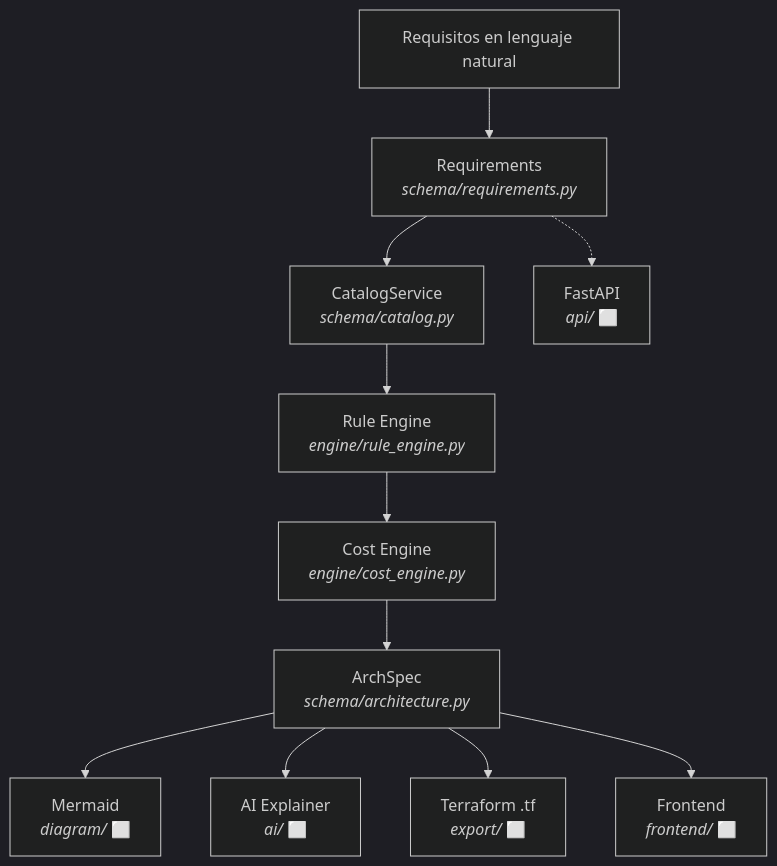
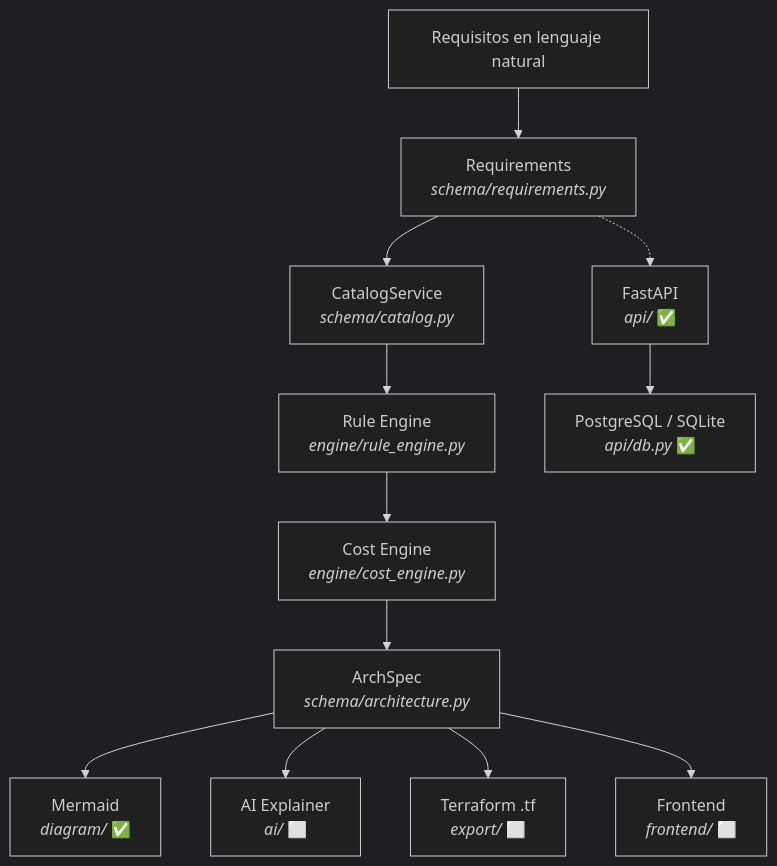
The first of 2 diagrams in README.md (leyverAAA/InfraWise), drawn with Mermaid (dark theme) before and after one commit. The commit also changed other lines of this file and 13 other files, not shown here.

Commit message:
Fase 2 - fastAPI

````diff
--- a/README.md
+++ b/README.md
@@ -248,13 +272,14 @@
 ```mermaid
 flowchart TD
     U["Requisitos en lenguaje natural"] --> REQS["Requirements<br/><i>schema/requirements.py</i>"]
     REQS --> CAT["CatalogService<br/><i>schema/catalog.py</i>"]
     CAT --> RE["Rule Engine<br/><i>engine/rule_engine.py</i>"]
     RE --> CE["Cost Engine<br/><i>engine/cost_engine.py</i>"]
     CE --> SPEC["ArchSpec<br/><i>schema/architecture.py</i>"]
-    SPEC --> DIAG["Mermaid<br/><i>diagram/</i> ⬜"]
+    SPEC --> DIAG["Mermaid<br/><i>diagram/</i> ✅"]
     SPEC --> EXPL["AI Explainer<br/><i>ai/</i> ⬜"]
     SPEC --> TF["Terraform .tf<br/><i>export/</i> ⬜"]
     SPEC --> UI["Frontend<br/><i>frontend/</i> ⬜"]
-    REQS -.-> API["FastAPI<br/><i>api/</i> ⬜"]
+    REQS -.-> API["FastAPI<br/><i>api/</i> ✅"]
+    API --> DB["PostgreSQL / SQLite<br/><i>api/db.py</i> ✅"]
 ```
````
